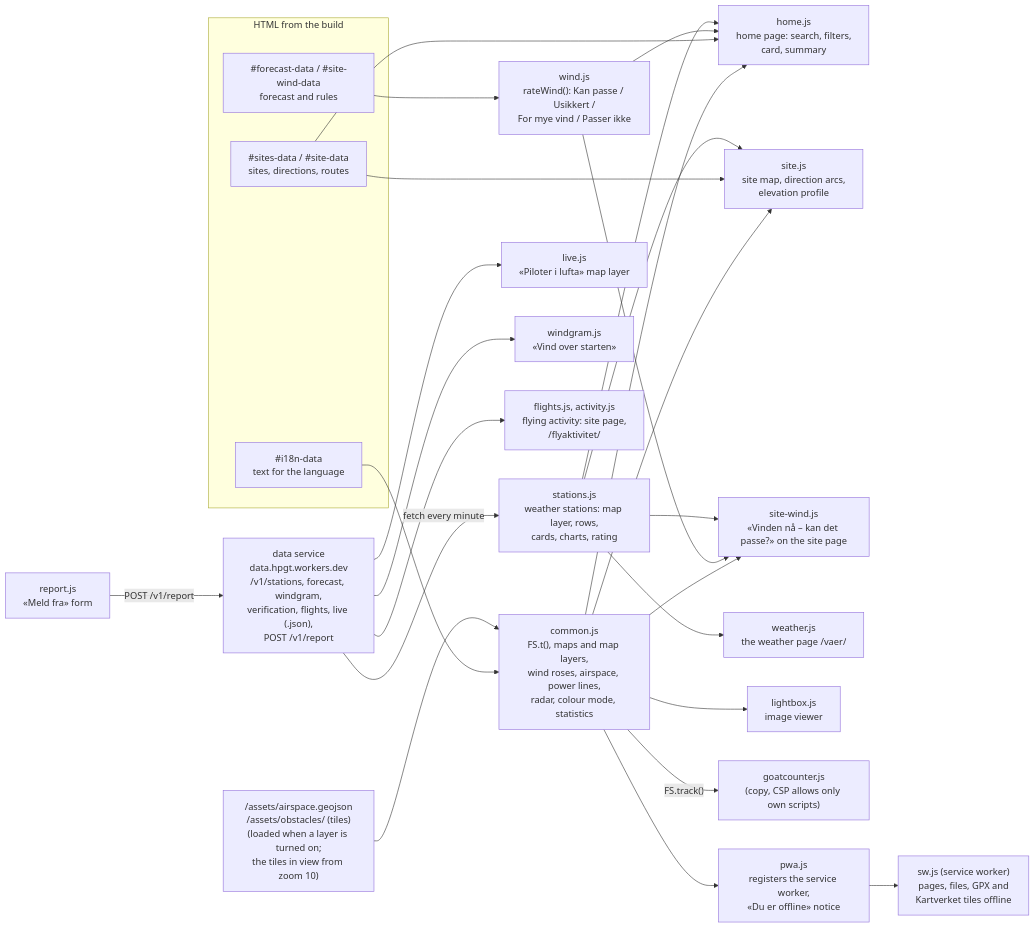
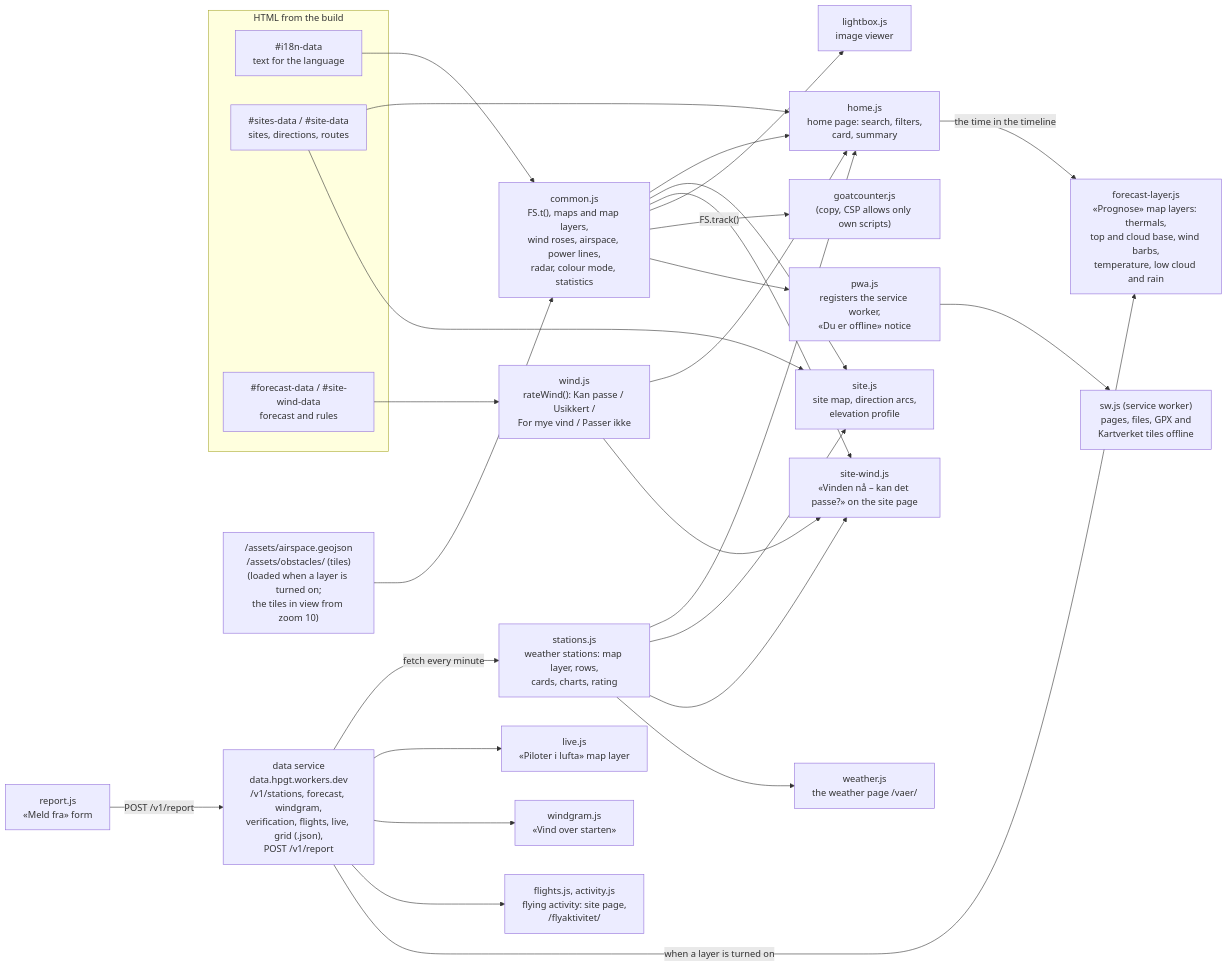
Before and after one commit to hpgt-com/flying-sites: the third of 5 diagrams in docs/architecture.md, drawn with Mermaid. The commit also changed other lines of this file, not shown here.

Commit message:
Arkitektur: forecast-layer.js i oversikten
Claude-Session: https://claude.ai/code/session_014SoQrMM2vVqUaUJAQu31yQ

````diff
--- a/docs/architecture.md
+++ b/docs/architecture.md
@@ -134,37 +134,40 @@
 ```mermaid
 flowchart LR
   subgraph page["HTML from the build"]
     j1["#i18n-data<br/>text for the language"]
     j2["#sites-data / #site-data<br/>sites, directions, routes"]
     j3["#forecast-data / #site-wind-data<br/>forecast and rules"]
   end
 
   common["common.js<br/>FS.t(), maps and map layers,<br/>wind roses, airspace, power lines,<br/>radar, colour mode, statistics"]
   assets["/assets/airspace.geojson<br/>/assets/obstacles/ (tiles)<br/>(loaded when a layer is turned on;<br/>the tiles in view from zoom 10)"]
   wind["wind.js<br/>rateWind(): Kan passe / Usikkert /<br/>For mye vind / Passer ikke"]
   home["home.js<br/>home page: search, filters,<br/>card, summary"]
   site["site.js<br/>site map, direction arcs,<br/>elevation profile"]
   sitewind["site-wind.js<br/>«Vinden nå – kan det passe?» on the site page"]
   stations["stations.js<br/>weather stations: map layer, rows,<br/>cards, charts, rating"]
   weather["weather.js<br/>the weather page /vaer/"]
-  data["data service<br/>data.hpgt.workers.dev<br/>/v1/stations, forecast, windgram,<br/>verification, flights, live (.json),<br/>POST /v1/report"]
+  data["data service<br/>data.hpgt.workers.dev<br/>/v1/stations, forecast, windgram,<br/>verification, flights, live, grid (.json),<br/>POST /v1/report"]
   live["live.js<br/>«Piloter i lufta» map layer"]
+  forecastlayer["forecast-layer.js<br/>«Prognose» map layers: thermals,<br/>top and cloud base, wind barbs,<br/>temperature, low cloud and rain"]
   windgram["windgram.js<br/>«Vind over starten»"]
   flights["flights.js, activity.js<br/>flying activity: site page,<br/>/flyaktivitet/"]
   report["report.js<br/>«Meld fra» form"]
   lightbox["lightbox.js<br/>image viewer"]
   goat["goatcounter.js<br/>(copy, CSP allows only own scripts)"]
   pwa["pwa.js<br/>registers the service worker,<br/>«Du er offline» notice"]
   sw["sw.js (service worker)<br/>pages, files, GPX and<br/>Kartverket tiles offline"]
 
   j1 --> common
   assets --> common
   common --> home & site & sitewind & lightbox
   j2 --> home & site
   j3 --> wind --> home & sitewind
   data -- "fetch every minute" --> stations --> home & site & sitewind & weather
   data --> live & windgram & flights
+  data -- "when a layer is turned on" --> forecastlayer
+  home -- "the time in the timeline" --> forecastlayer
   report -- "POST /v1/report" --> data
   common -- "FS.track()" --> goat
   common --> pwa --> sw
 ```
````
